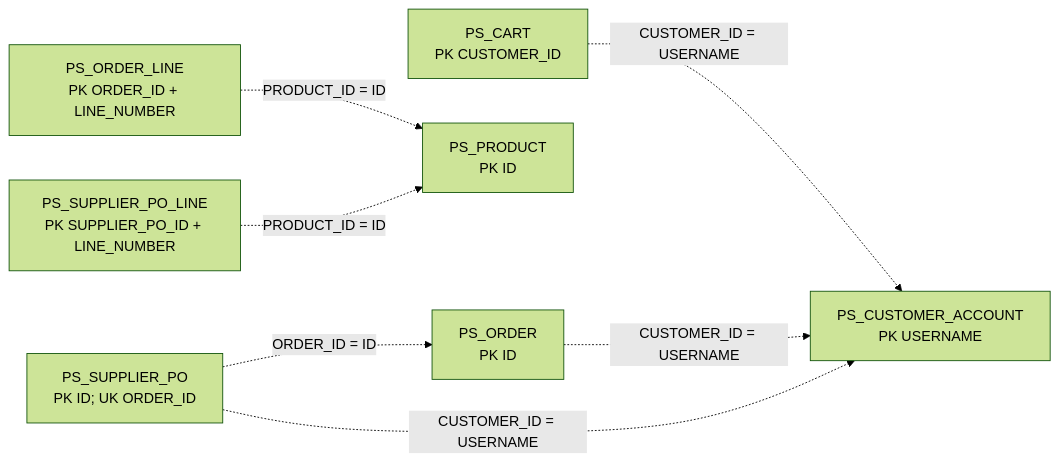
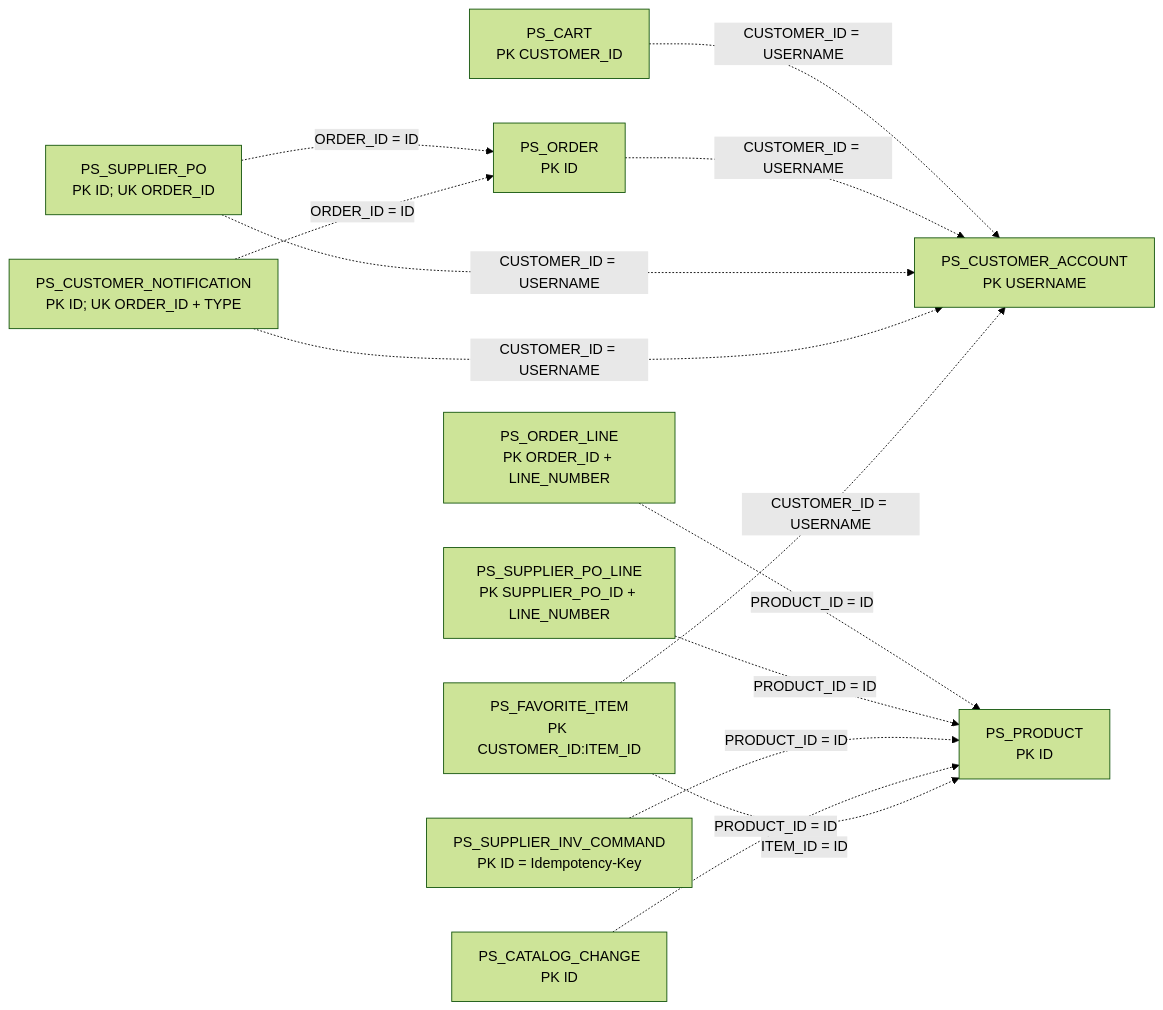
The second of 4 diagrams in docs/database-schema.md (adityakulraj/petstore-modernized), drawn with Mermaid (forest theme) before and after one commit. The commit also changed other lines of this file and 109 other files, not shown here.

````diff
--- a/docs/database-schema.md
+++ b/docs/database-schema.md
@@ -133,17 +180,27 @@
 ```mermaid
 flowchart LR
     ACCOUNT["PS_CUSTOMER_ACCOUNT\nPK USERNAME"]
     CART["PS_CART\nPK CUSTOMER_ID"]
     PRODUCT["PS_PRODUCT\nPK ID"]
     ORDER["PS_ORDER\nPK ID"]
     ORDERLINE["PS_ORDER_LINE\nPK ORDER_ID + LINE_NUMBER"]
     PO["PS_SUPPLIER_PO\nPK ID; UK ORDER_ID"]
     POLINE["PS_SUPPLIER_PO_LINE\nPK SUPPLIER_PO_ID + LINE_NUMBER"]
+    NOTICE["PS_CUSTOMER_NOTIFICATION\nPK ID; UK ORDER_ID + TYPE"]
+    COMMAND["PS_SUPPLIER_INV_COMMAND\nPK ID = Idempotency-Key"]
+    CHANGE["PS_CATALOG_CHANGE\nPK ID"]
+    FAVORITE["PS_FAVORITE_ITEM\nPK CUSTOMER_ID:ITEM_ID"]
 
     CART -.->|"CUSTOMER_ID = USERNAME"| ACCOUNT
     ORDER -.->|"CUSTOMER_ID = USERNAME"| ACCOUNT
     PO -.->|"CUSTOMER_ID = USERNAME"| ACCOUNT
     ORDERLINE -.->|"PRODUCT_ID = ID"| PRODUCT
     POLINE -.->|"PRODUCT_ID = ID"| PRODUCT
     PO -.->|"ORDER_ID = ID"| ORDER
+    NOTICE -.->|"CUSTOMER_ID = USERNAME"| ACCOUNT
+    NOTICE -.->|"ORDER_ID = ID"| ORDER
+    COMMAND -.->|"PRODUCT_ID = ID"| PRODUCT
+    CHANGE -.->|"PRODUCT_ID = ID"| PRODUCT
+    FAVORITE -.->|"CUSTOMER_ID = USERNAME"| ACCOUNT
+    FAVORITE -.->|"ITEM_ID = ID"| PRODUCT
 ```
````
